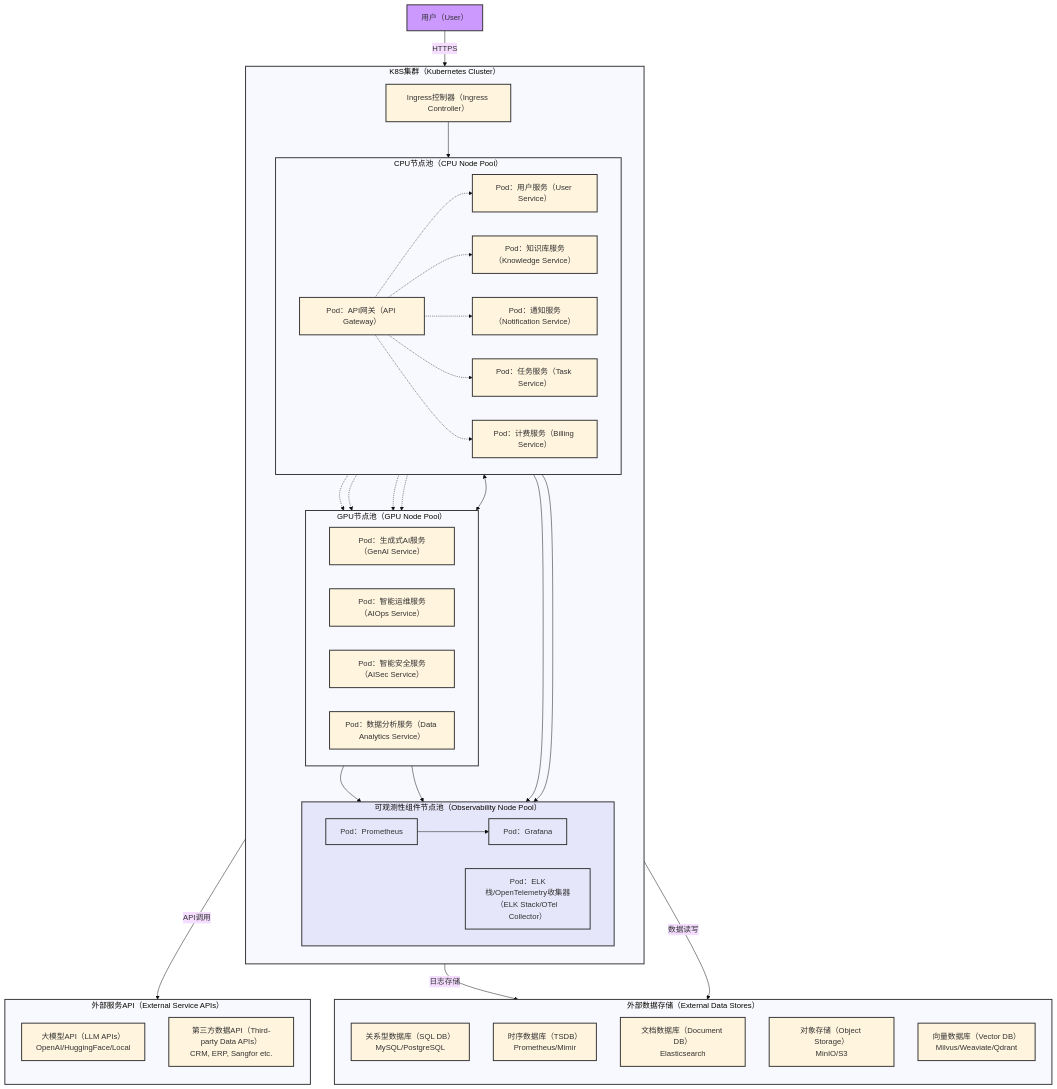
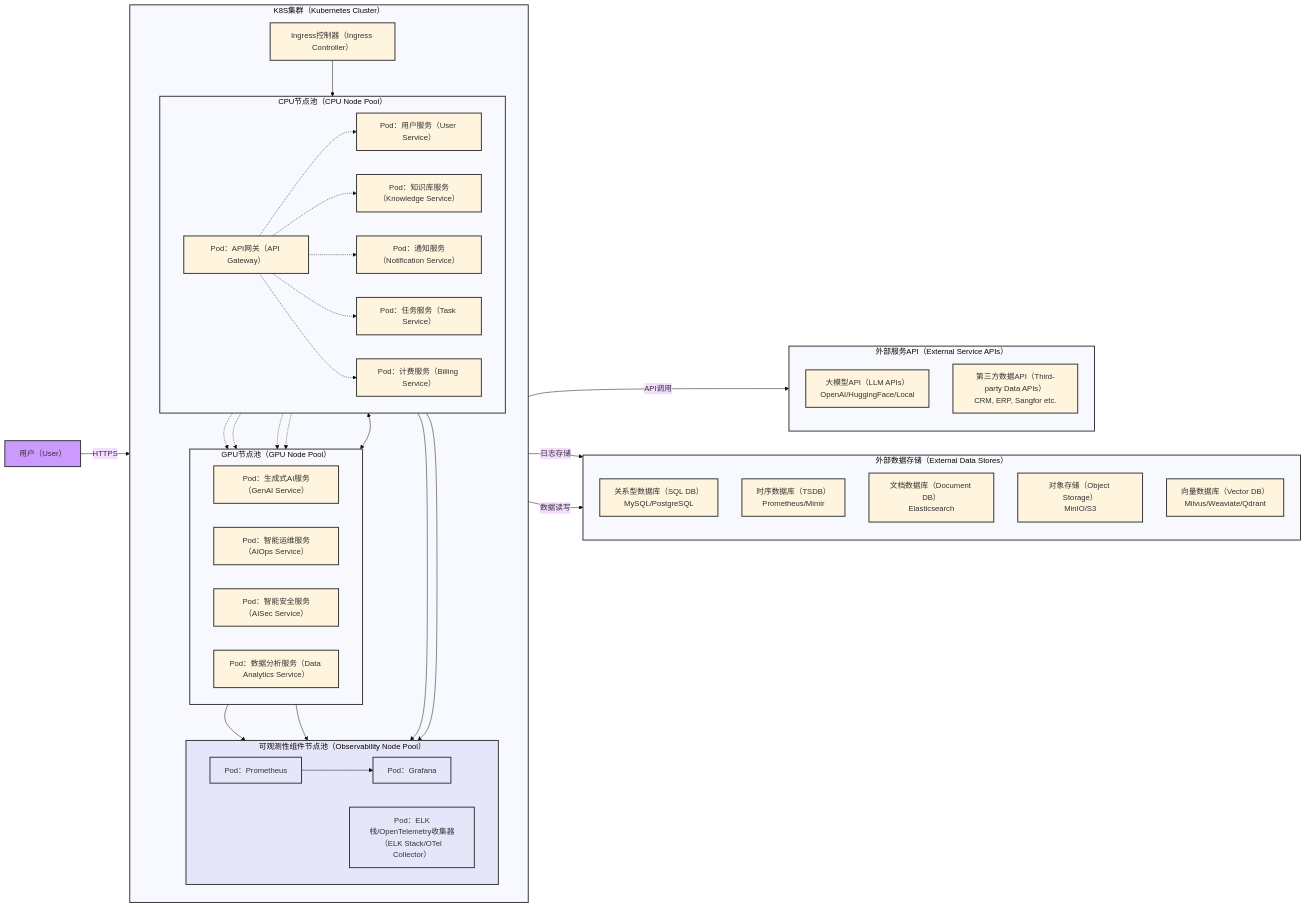
The second of 3 diagrams in docs/architecture.md (turtacn/huizhu.ai), drawn with Mermaid (base theme) before and after one commit. The commit also changed other lines of this file, not shown here.

````diff
--- a/docs/architecture.md
+++ b/docs/architecture.md
@@ -139,5 +139,5 @@
 ```mermaid
-graph TD
+graph LR
     %% Legend
     %% subgraph LEGEND [图例（Legend）]
     %%    direction LR
````
